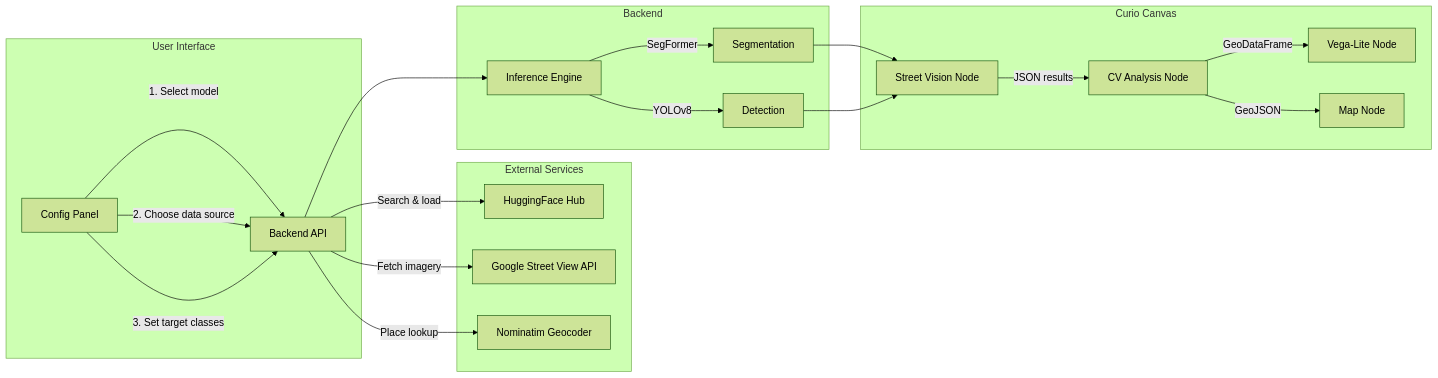
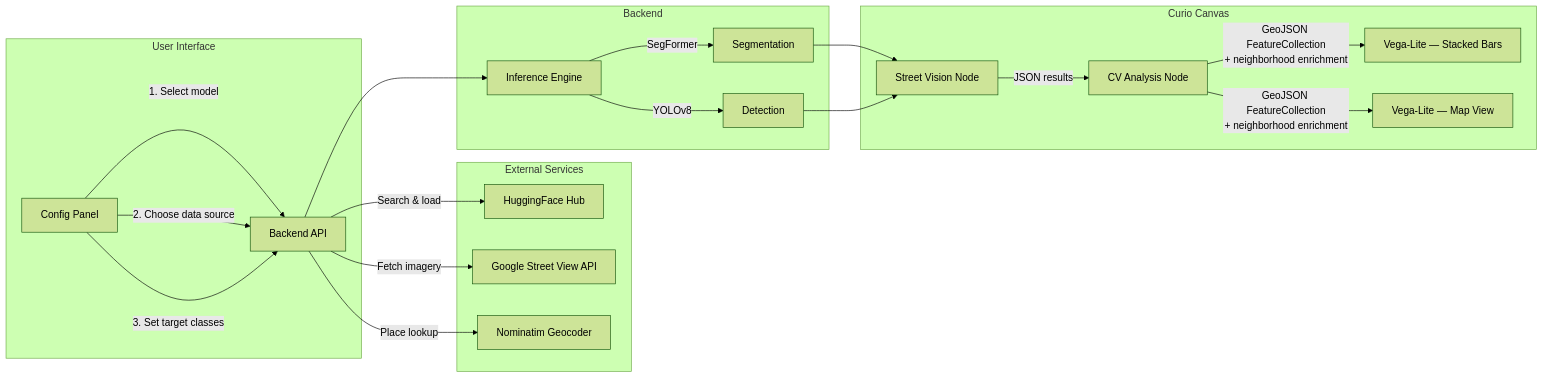
The diagram in README.md (ManeeshJupalle/Street-Level-Vision-Analytics-Node-for-Curio), drawn with Mermaid (forest theme) before and after one commit. The commit also changed other lines of this file and 2 other files, not shown here.

First line of the commit message:
Document Map View template + neighborhood enrichment endpoints

````diff
--- a/README.md
+++ b/README.md
@@ -30,31 +32,31 @@
 ```mermaid
 flowchart LR
     subgraph User Interface
         A[Config Panel] -->|1. Select model| B[Backend API]
         A -->|2. Choose data source| B
         A -->|3. Set target classes| B
     end
 
     subgraph External Services
         HF[HuggingFace Hub]
         GSV[Google Street View API]
         NOM[Nominatim Geocoder]
     end
 
     subgraph Backend
         B -->|Search & load| HF
         B -->|Place lookup| NOM
         B -->|Fetch imagery| GSV
         B --> INF[Inference Engine]
         INF -->|SegFormer| SEG[Segmentation]
         INF -->|YOLOv8| DET[Detection]
     end
 
     subgraph Curio Canvas
         SEG --> SV[Street Vision Node]
         DET --> SV
         SV -->|JSON results| CV[CV Analysis Node]
-        CV -->|GeoDataFrame| VEGA[Vega-Lite Node]
-        CV -->|GeoJSON| MAP[Map Node]
+        CV -->|GeoJSON FeatureCollection<br/>+ neighborhood enrichment| BARS[Vega-Lite — Stacked Bars]
+        CV -->|GeoJSON FeatureCollection<br/>+ neighborhood enrichment| MAPVIEW[Vega-Lite — Map View]
     end
 ```
````
